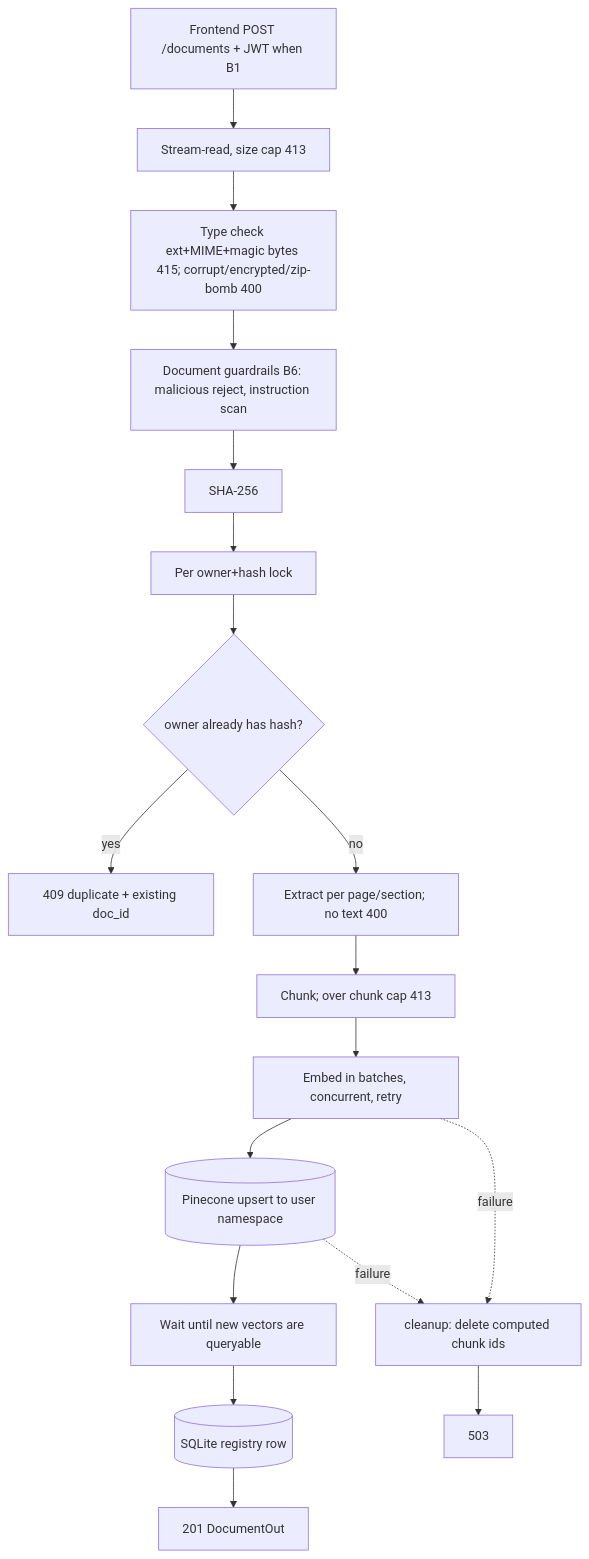
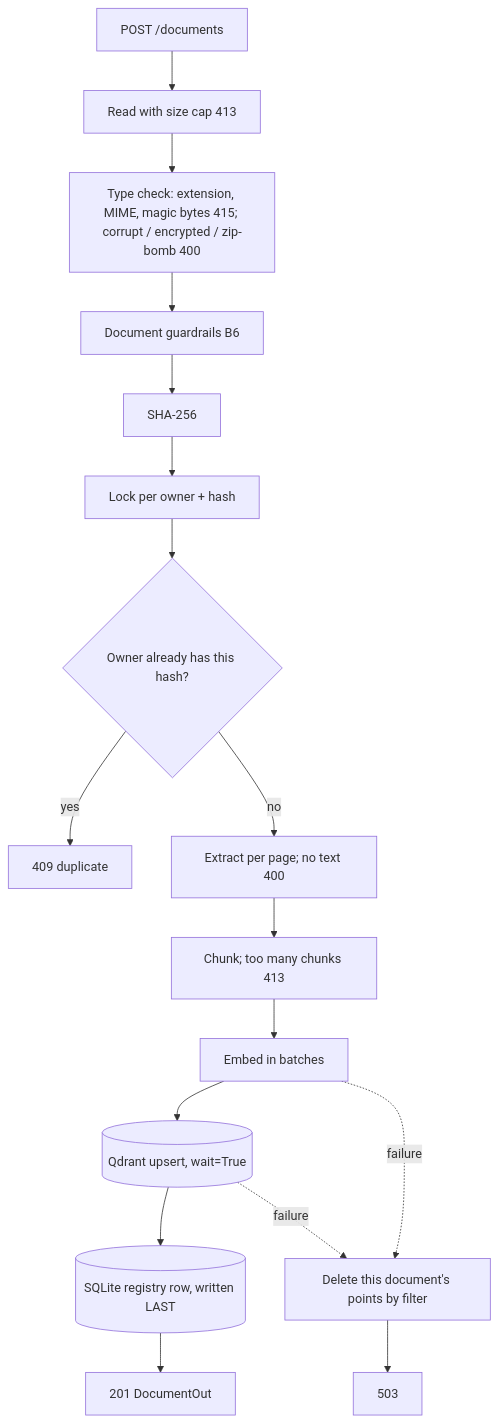
Before and after one commit to asadullahdot/Production-RAG-Service__Portfolio-01: the second of 2 diagrams in PLAN.md, drawn with Mermaid. The commit also changed other lines of this file, not shown here.

Commit message:
Rewrite PLAN.md for LangChain + Qdrant (simplified); record smoke-test results

````diff
--- a/PLAN.md
+++ b/PLAN.md
@@ -103,19 +120,18 @@
 ```mermaid
 flowchart TD
-  UI[Frontend POST /documents + JWT when B1] --> S[Stream-read, size cap 413]
-  S --> T[Type check ext+MIME+magic bytes 415; corrupt/encrypted/zip-bomb 400]
-  T --> DG[Document guardrails B6: malicious reject, instruction scan]
+  UI[POST /documents] --> S[Read with size cap 413]
+  S --> T[Type check: extension, MIME, magic bytes 415; corrupt / encrypted / zip-bomb 400]
+  T --> DG[Document guardrails B6]
   DG --> H[SHA-256]
-  H --> L[Per owner+hash lock]
-  L --> D{owner already has hash?}
-  D -->|yes| E409[409 duplicate + existing doc_id]
-  D -->|no| X[Extract per page/section; no text 400]
-  X --> C[Chunk; over chunk cap 413]
-  C --> EM[Embed in batches, concurrent, retry]
-  EM --> ST[(Pinecone upsert to user namespace)]
-  ST --> WV[Wait until new vectors are queryable]
-  WV --> RG[(SQLite registry row)]
+  H --> L[Lock per owner + hash]
+  L --> D{Owner already has this hash?}
+  D -->|yes| E409[409 duplicate]
+  D -->|no| X[Extract per page; no text 400]
+  X --> C[Chunk; too many chunks 413]
+  C --> EM[Embed in batches]
+  EM --> ST[(Qdrant upsert, wait=True)]
+  ST --> RG[(SQLite registry row, written LAST)]
   RG --> OK[201 DocumentOut]
-  EM -.failure.-> CL[cleanup: delete computed chunk ids] --> E503[503]
+  EM -.failure.-> CL[Delete this document's points by filter] --> E503[503]
   ST -.failure.-> CL
 ```
````
